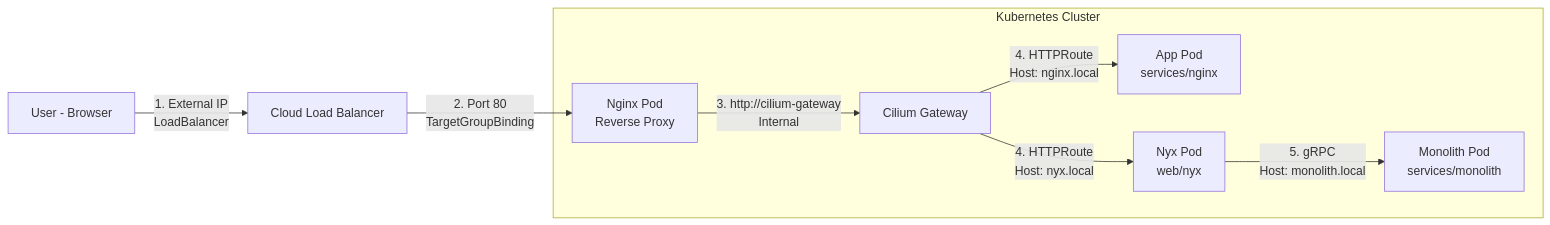
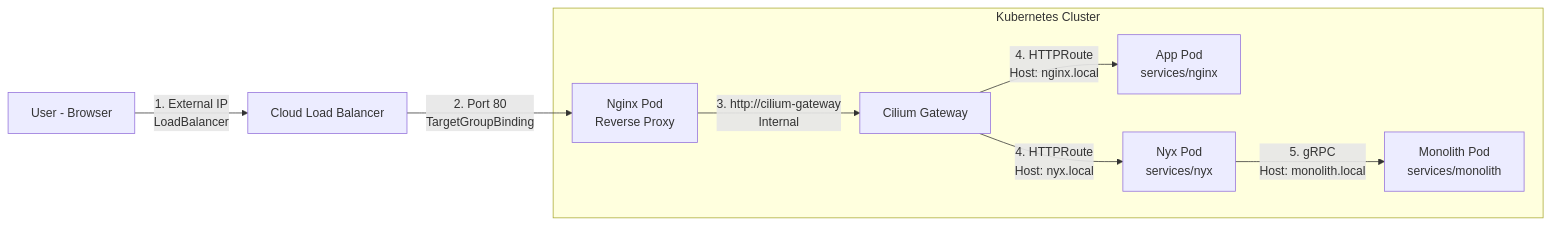
Before and after one commit to panicboat/monorepo: the diagram in README-ja.md, drawn with Mermaid. The commit also changed other lines of this file and 348 other files, not shown here.

First line of the commit message:
refactor: move web/nyx to services/nyx and unify directory convention

````diff
--- a/README-ja.md
+++ b/README-ja.md
@@ -73,12 +68,12 @@
 ```mermaid
 graph LR
   User[User - Browser] -- "1. External IP<br>LoadBalancer" --> NginxLB[Cloud Load Balancer]
   NginxLB -- "2. Port 80<br>TargetGroupBinding" --> NginxPod[Nginx Pod<br>Reverse Proxy]
 
   subgraph "Kubernetes Cluster"
     NginxPod -- "3. http://cilium-gateway<br>Internal" --> CiliumGw[Cilium Gateway]
     CiliumGw -- "4. HTTPRoute<br>Host: nginx.local" --> AppPod[App Pod<br>services/nginx]
-    CiliumGw -- "4. HTTPRoute<br>Host: nyx.local" --> NyxPod[Nyx Pod<br>web/nyx]
+    CiliumGw -- "4. HTTPRoute<br>Host: nyx.local" --> NyxPod[Nyx Pod<br>services/nyx]
     NyxPod -- "5. gRPC<br>Host: monolith.local" --> MonolithPod[Monolith Pod<br>services/monolith]
   end
 ```
````
